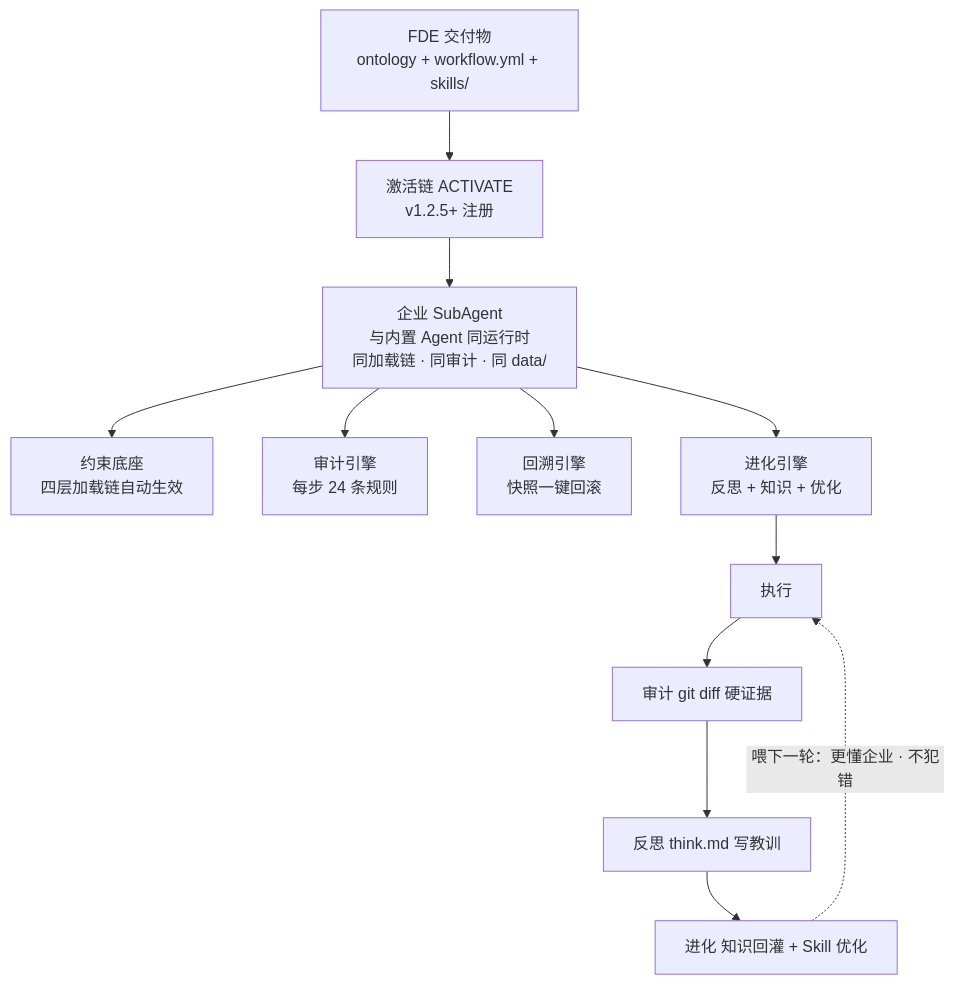
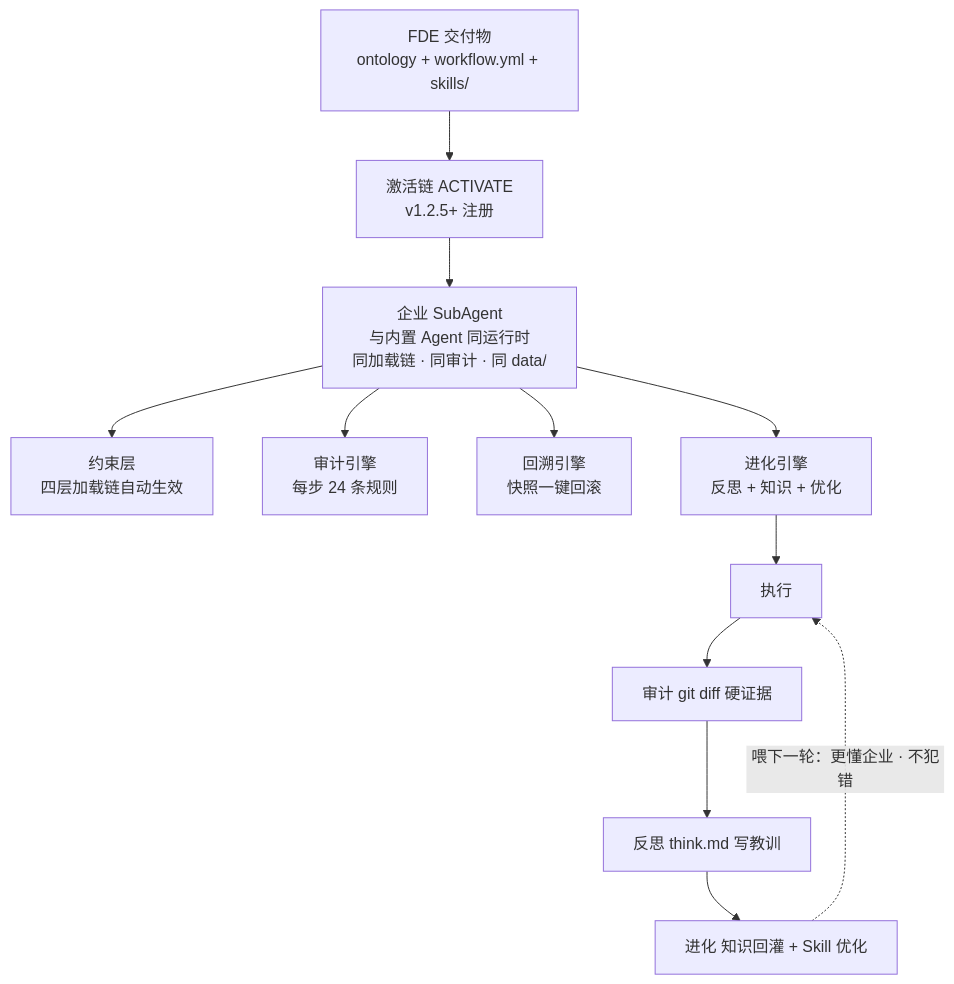
One commit to KongFangXun/sofagent changed the diagram in docs/guides/fde-activation-chain.md. Above: the diagram before and after it, drawn with Mermaid. The commit also changed other lines of this file and 6 other files, not shown here.

First line of the commit message:
docs: PHILOSOPHY+VALIDATION 体检修复全量 + 扩大审查——术语统一「约束底座」→「约束层」17 处（SSOT WIKI:182，保留 2 处术语声明/历史记录）+ 结构性去重重组

````diff
--- a/docs/guides/fde-activation-chain.md
+++ b/docs/guides/fde-activation-chain.md
@@ -618,15 +618,15 @@
 ```mermaid
 flowchart TD
     DELIV[FDE 交付物<br/>ontology + workflow.yml + skills/] --> ACT[激活链 ACTIVATE<br/>v1.2.5+ 注册]
     ACT --> SA[企业 SubAgent<br/>与内置 Agent 同运行时<br/>同加载链 · 同审计 · 同 data/]
-    SA --> CB[约束底座<br/>四层加载链自动生效]
+    SA --> CB[约束层<br/>四层加载链自动生效]
     SA --> AU[审计引擎<br/>每步 24 条规则]
     SA --> RE[回溯引擎<br/>快照一键回滚]
     SA --> EV[进化引擎<br/>反思 + 知识 + 优化]
 
     EV --> LOOP1[执行]
     LOOP1 --> LOOP2[审计 git diff 硬证据]
     LOOP2 --> LOOP3[反思 think.md 写教训]
     LOOP3 --> LOOP4[进化 知识回灌 + Skill 优化]
     LOOP4 -.->|喂下一轮：更懂企业 · 不犯错| LOOP1
 ```
````
